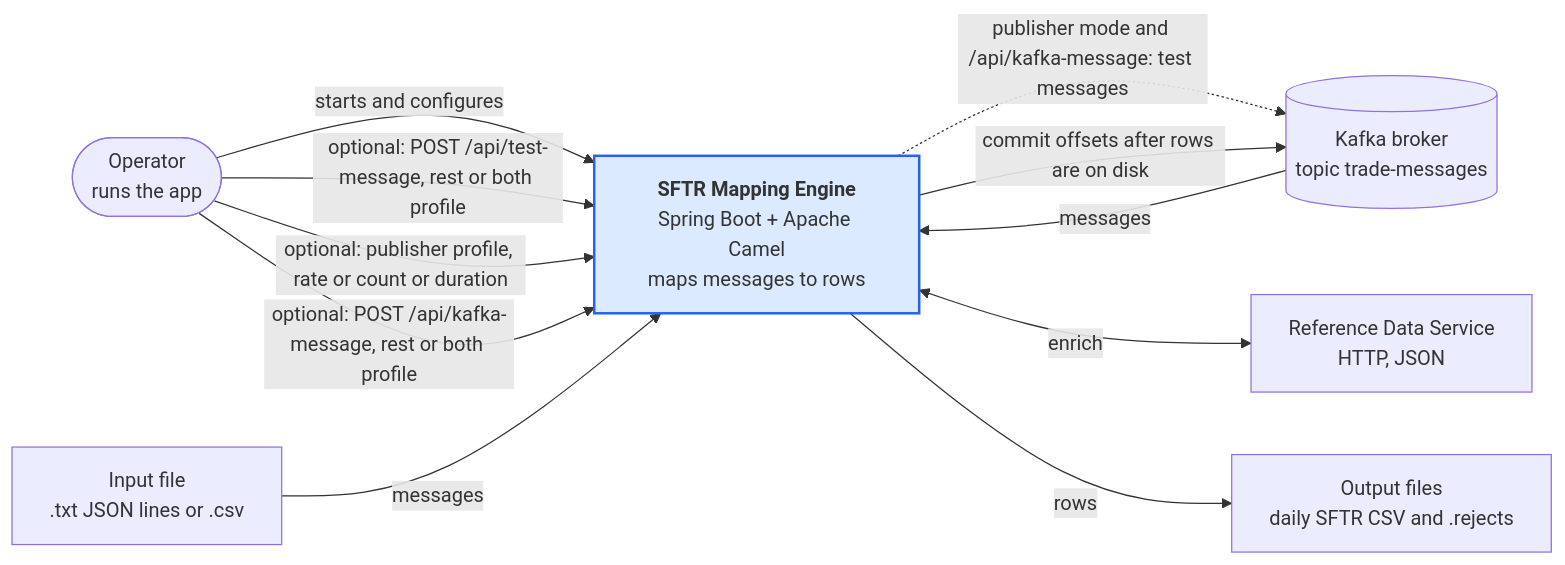
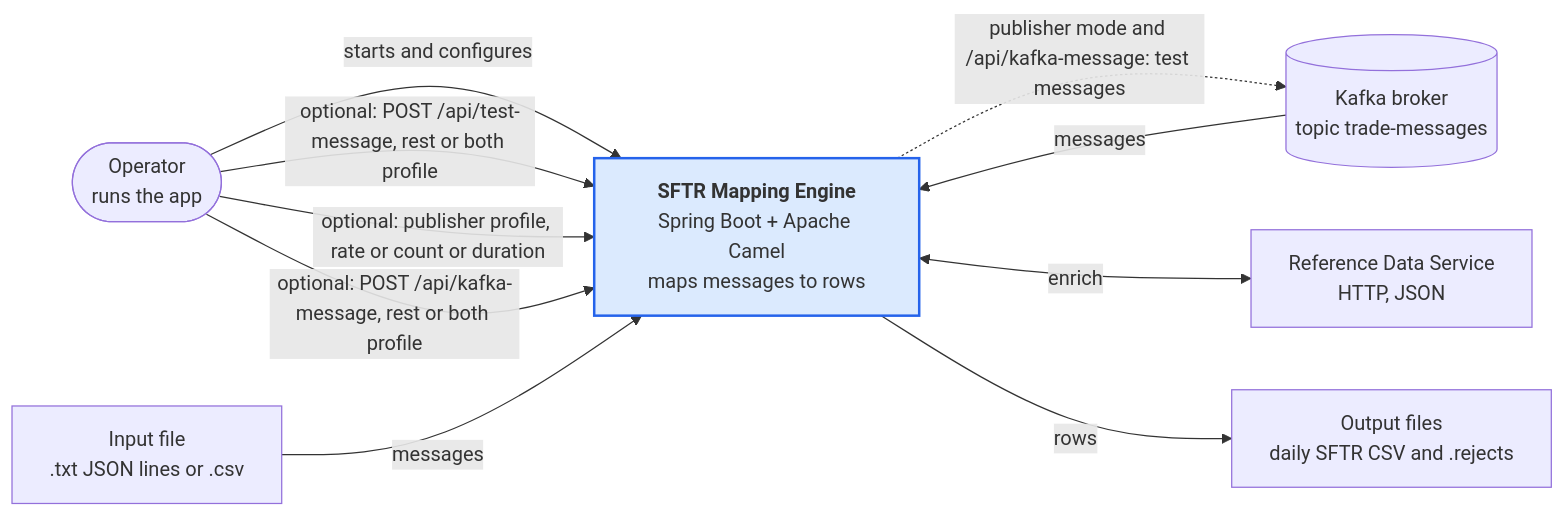
One commit to shanregs/msg-transformer changed the first of 15 diagrams in docs/c4-architecture.md. Above: the diagram before and after it, drawn with Mermaid. The commit also changed other lines of this file and 14 other files, not shown here.

````diff
--- a/docs/c4-architecture.md
+++ b/docs/c4-architecture.md
@@ -9,15 +9,14 @@
 ```mermaid
 flowchart LR
     op(["Operator<br/>runs the app"]) -->|starts and configures| engine
     op -->|optional: POST /api/test-message, rest or both profile| engine
     op -->|optional: publisher profile, rate or count or duration| engine
     op -->|optional: POST /api/kafka-message, rest or both profile| engine
     engine -.->|publisher mode and /api/kafka-message: test messages| kafka
     kafka[("Kafka broker<br/>topic trade-messages")] -->|messages| engine
-    engine -->|commit offsets after rows are on disk| kafka
     file["Input file<br/>.txt JSON lines or .csv"] -->|messages| engine
     engine["<b>SFTR Mapping Engine</b><br/>Spring Boot + Apache Camel<br/>maps messages to rows"] <-->|enrich| ref["Reference Data Service<br/>HTTP, JSON"]
     engine -->|rows| out["Output files<br/>daily SFTR CSV and .rejects"]
 
     style engine fill:#dbeafe,stroke:#2563eb,stroke-width:2px
 ```
````
